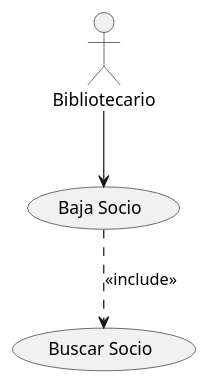
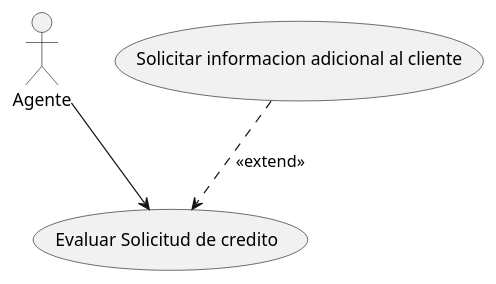
The diagram in src/CasosDeUso2UML.puml (Carlosmanuelpre/CasosDeUsos2UML), drawn with PlantUML before and after one commit.

Commit message:
Ejemplo nº3, En la siguiente relacion de casos de uso hemos utilizado la etiqueta extend, la cual solo se ejecutara si se cumple la condicion del primero

```diff
--- a/src/CasosDeUso2UML.puml
+++ b/src/CasosDeUso2UML.puml
@@ -1,12 +1,9 @@
 @startuml
+:Agente:
 
-:Bibliotecario:
+(Evaluar Solicitud de credito)
+(Solicitar informacion adicional al cliente)
 
-(Baja Socio)
-(Buscar Socio)
-
-Bibliotecario --> (Baja Socio)
-
-(Baja Socio) ..> (Buscar Socio): <<include>>
-
+(Solicitar informacion adicional al cliente) ..> (Evaluar Solicitud de credito) : <<extend>>
+Agente --> (Evaluar Solicitud de credito)
 @enduml
```
